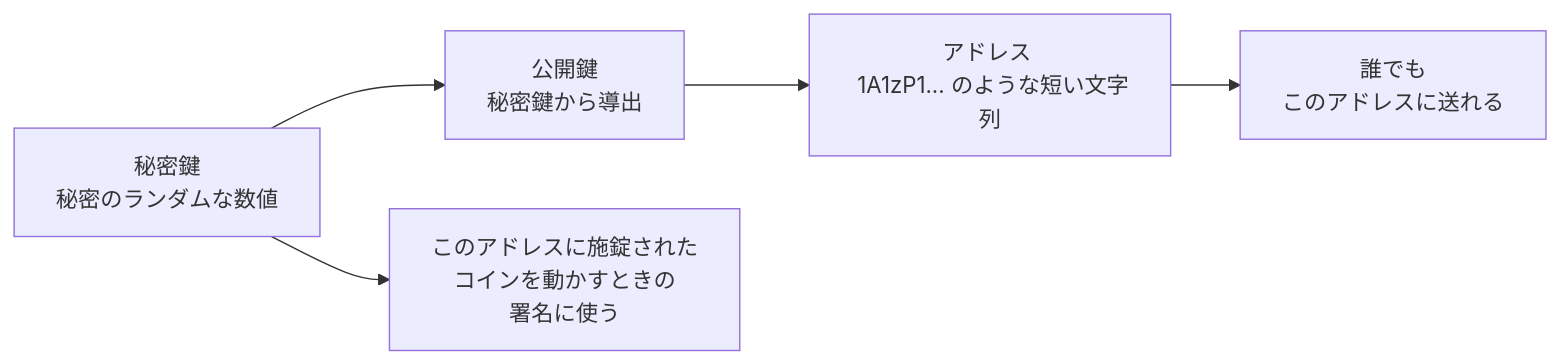
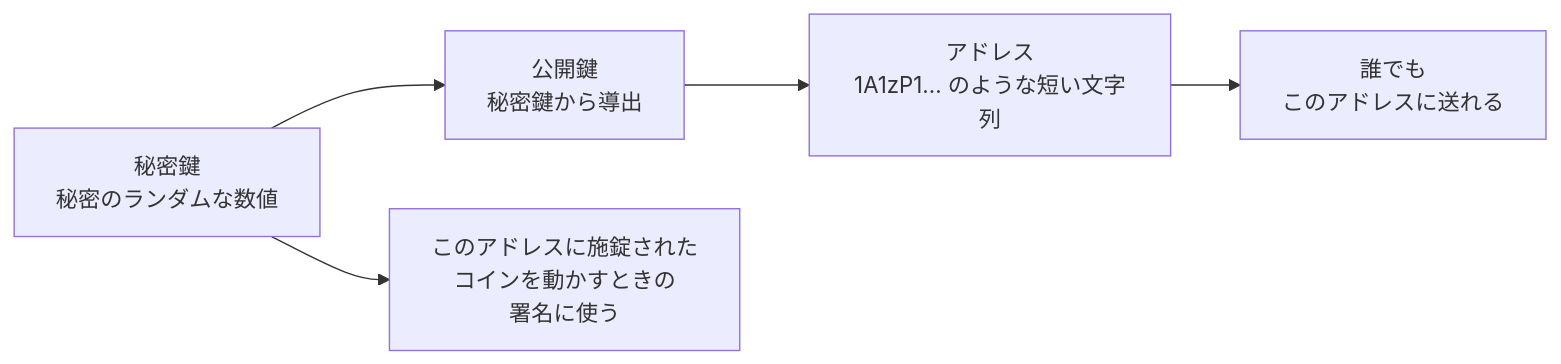
The third of 10 diagrams in src/data/translations/ja/analysis/2026-05-23-how-bitcoin-works-visual-glossary.md (cypher256/BitcoinArchive), drawn with Mermaid before and after one commit. The commit also changed other lines of this file and 3 other files, not shown here.

First line of the commit message:
Mermaid labels: split per-diagram-type wrap policy + subgraph titles to single line

````diff
--- a/src/data/translations/ja/analysis/2026-05-23-how-bitcoin-works-visual-glossary.md
+++ b/src/data/translations/ja/analysis/2026-05-23-how-bitcoin-works-visual-glossary.md
@@ -155,7 +155,7 @@
 ```mermaid
 flowchart LR
-  PK[秘密鍵 <br/> 秘密のランダムな数値] --> PUB[公開鍵 <br/> 秘密鍵から導出]
-  PUB --> ADDR[アドレス <br/> 1A1zP1... のような短い文字列]
+  PK[秘密鍵<br/>秘密のランダムな数値] --> PUB[公開鍵<br/>秘密鍵から導出]
+  PUB --> ADDR[アドレス<br/>1A1zP1... のような短い文字列]
   ADDR --> RECV[誰でも<br/>このアドレスに送れる]
   PK --> SIG[このアドレスに施錠された<br/>コインを動かすときの<br/>署名に使う]
 ```
````
